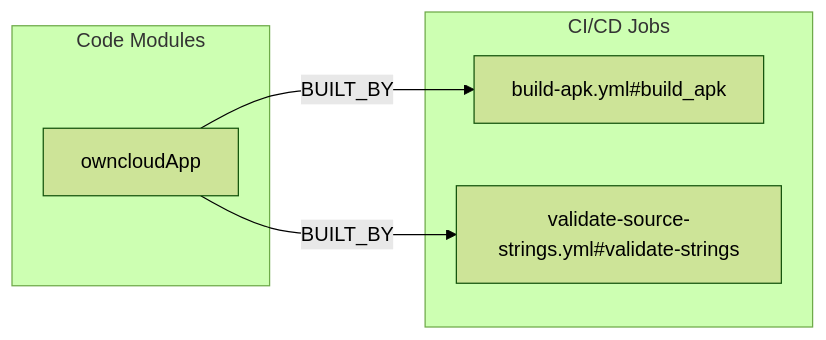
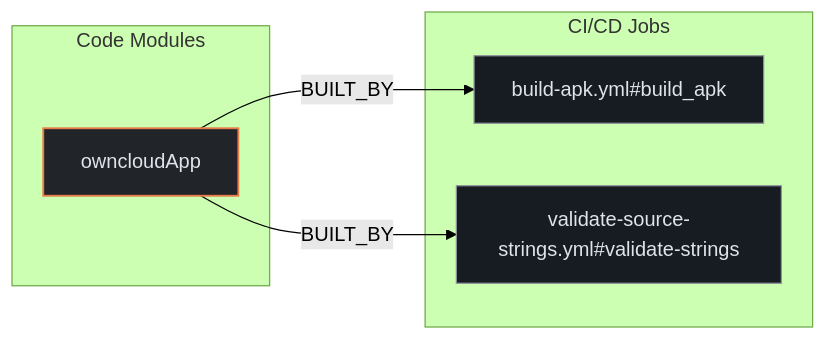
The first of 2 diagrams in exports/latest/reports/owncloud-android-report.md (kumarshaz/atruss-code-atlas), drawn with Mermaid (forest theme) before and after one commit. The commit also changed other lines of this file and 331 other files, not shown here.

Commit message:
docs,ui,fix: update SDLC docs, reorder CI/CD DAG first, stylize Mermaid, and fix Arc42 pipeline topology

````diff
--- a/exports/latest/reports/owncloud-android-report.md
+++ b/exports/latest/reports/owncloud-android-report.md
@@ -67,12 +67,16 @@
 ```mermaid
 flowchart LR
+    classDef atlasCategory fill:#212428,stroke:#E87A48,stroke-width:1.5px,color:#dfe3eb
+    classDef atlasWorkflow fill:#1b2026,stroke:#a3c9ff,stroke-width:1.5px,color:#dfe3eb
+    classDef atlasJob fill:#171c22,stroke:#8d9199,stroke-width:1px,color:#dfe3eb
+    classDef atlasTarget fill:#005227,stroke:#8bd99b,stroke-width:1.5px,color:#a7f6b6
     subgraph code_modules["Code Modules"]
-        mod_owncloudApp["owncloudApp"]
+        mod_owncloudApp["owncloudApp"]:::atlasCategory
     end
     subgraph ci_jobs["CI/CD Jobs"]
-        job_build_apk_yml_build_apk["build-apk.yml#build_apk"]
-        job_validate_source_strings_yml_validate_strings["validate-source-strings.yml#validate-strings"]
+        job_build_apk_yml_build_apk["build-apk.yml#build_apk"]:::atlasJob
+        job_validate_source_strings_yml_validate_strings["validate-source-strings.yml#validate-strings"]:::atlasJob
     end
     mod_owncloudApp -->|BUILT_BY| job_build_apk_yml_build_apk
     mod_owncloudApp -->|BUILT_BY| job_validate_source_strings_yml_validate_strings
 ```
````
